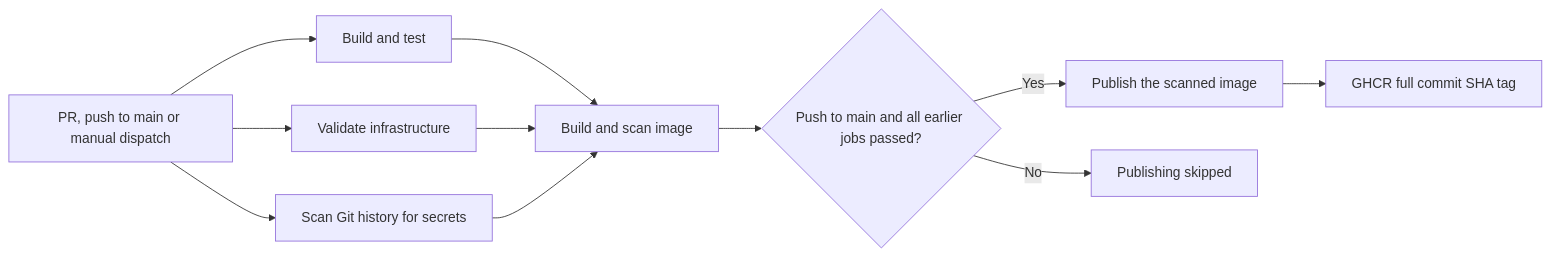
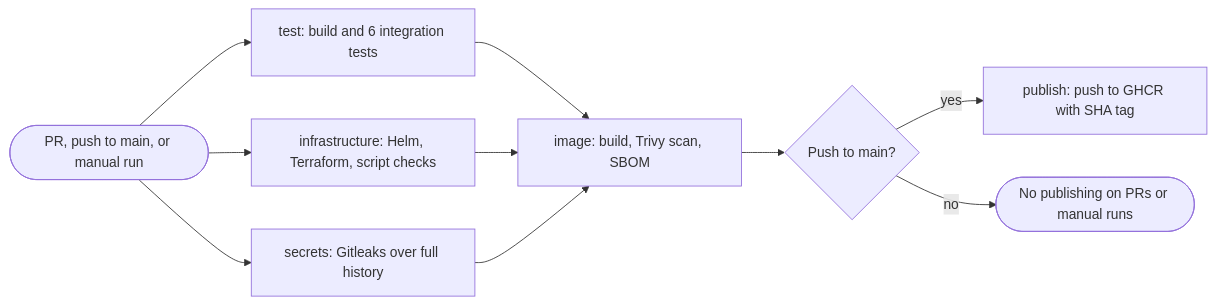
One commit to ouemnaa/crewmeister-devops-challenge changed the sixth of 8 diagrams in README.md. Above: the diagram before and after it, drawn with Mermaid. The commit also changed other lines of this file, not shown here.

````diff
--- a/README.md
+++ b/README.md
@@ -294,13 +315,12 @@
 ```mermaid
 flowchart LR
-    trigger[PR, push to main or manual dispatch] --> test[Build and test]
-    trigger --> infra[Validate infrastructure]
-    trigger --> secrets[Scan Git history for secrets]
-    test --> image[Build and scan image]
+    t([PR, push to main, or manual run]) --> test["test: build and 6 integration tests"]
+    t --> infra["infrastructure: Helm, Terraform, script checks"]
+    t --> secrets["secrets: Gitleaks over full history"]
+    test --> image["image: build, Trivy scan, SBOM"]
     infra --> image
     secrets --> image
-    image --> gate{Push to main and all earlier jobs passed?}
-    gate -->|Yes| publish[Publish the scanned image]
-    gate -->|No| skip[Publishing skipped]
-    publish --> ghcr[GHCR full commit SHA tag]
+    image --> gate{"Push to main?"}
+    gate -->|"yes"| publish["publish: push to GHCR with SHA tag"]
+    gate -->|"no"| skip(["No publishing on PRs or manual runs"])
 ```
````
